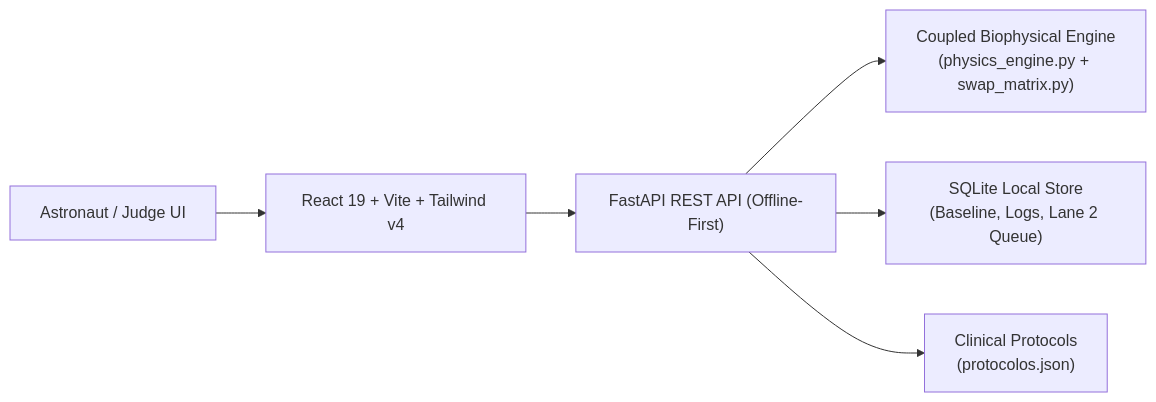
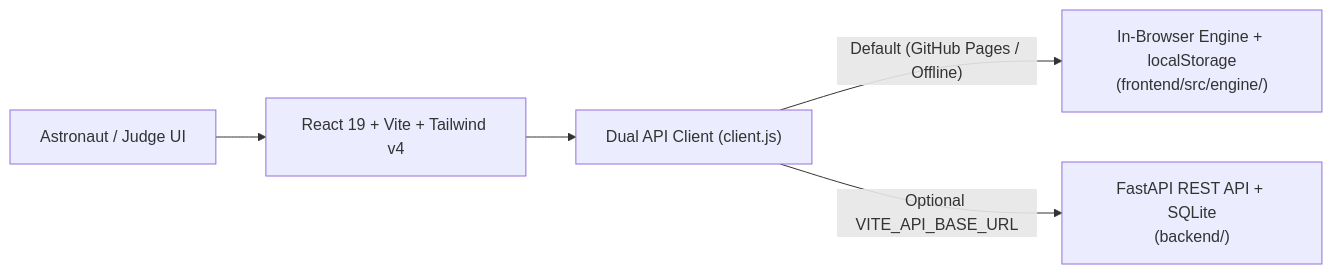
Before and after one commit to josiasemm/preccesion-pulse: the diagram in README.md, drawn with Mermaid. The commit also changed other lines of this file and 3 other files, not shown here.

Commit message:
Audit polish: align CO2 critical pill threshold, allow decimal/extended-diopter baseline inputs, sync crew_count on nominal reset, and document GitHub Pages URL

````diff
--- a/README.md
+++ b/README.md
@@ -77,8 +81,7 @@
 ```mermaid
 flowchart LR
     Crew["Astronaut / Judge UI"] --> Web["React 19 + Vite + Tailwind v4"]
-    Web --> API["FastAPI REST API (Offline-First)"]
-    API --> Engine["Coupled Biophysical Engine<br/>(physics_engine.py + swap_matrix.py)"]
-    API --> DB["SQLite Local Store<br/>(Baseline, Logs, Lane 2 Queue)"]
-    API --> Protocols["Clinical Protocols<br/>(protocolos.json)"]
+    Web --> Client["Dual API Client (client.js)"]
+    Client -->|"Default (GitHub Pages / Offline)"| BrowserEngine["In-Browser Engine + localStorage<br/>(frontend/src/engine/)"]
+    Client -->|"Optional VITE_API_BASE_URL"| API["FastAPI REST API + SQLite<br/>(backend/)"]
 ```
````
